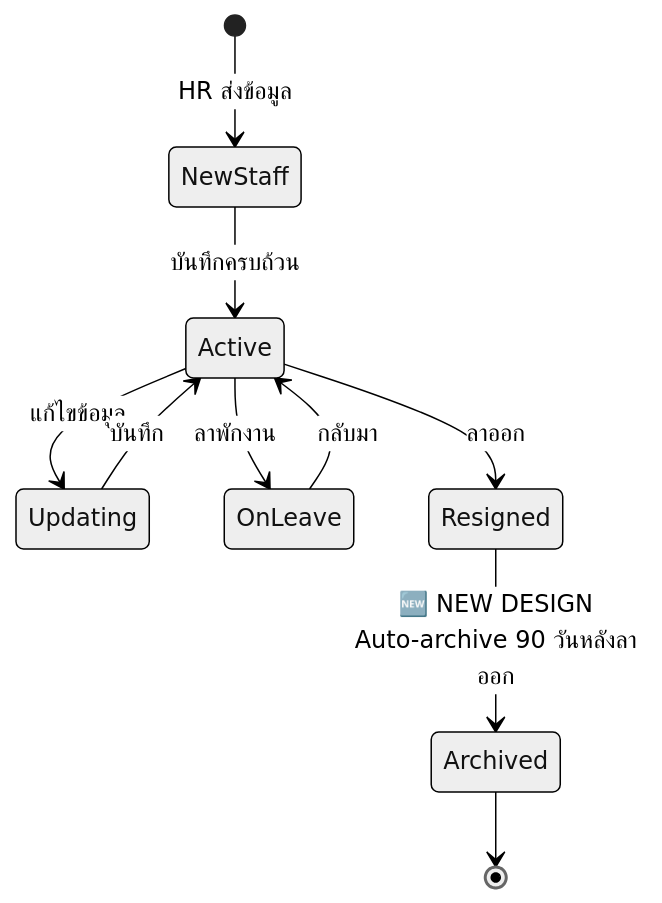
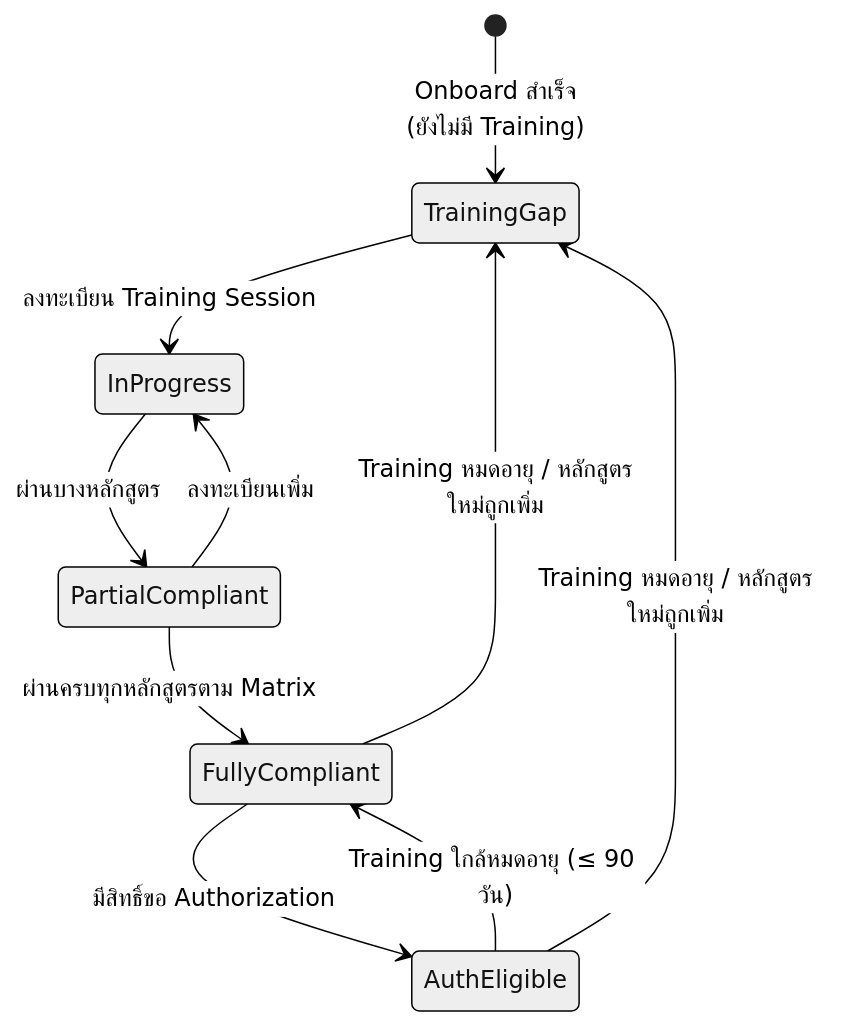
Before and after one commit to triple-tgg/sams: the ninth of 26 diagrams in docs/QA-SRS-BRD/02-Business-Process/SAMS-QA-SRS-02-Business-Process.md, drawn with Mermaid (neutral theme). The commit also changed other lines of this file, not shown here.

First line of the commit message:
docs(qa): fix 5.1 Staff Management Flow to QA Training context

````diff
--- a/docs/QA-SRS-BRD/02-Business-Process/SAMS-QA-SRS-02-Business-Process.md
+++ b/docs/QA-SRS-BRD/02-Business-Process/SAMS-QA-SRS-02-Business-Process.md
@@ -206,12 +226,12 @@
 ```mermaid
 stateDiagram-v2
-    [*] --> NewStaff: HR ส่งข้อมูล
-    NewStaff --> Active: บันทึกครบถ้วน
-    Active --> Updating: แก้ไขข้อมูล
-    Updating --> Active: บันทึก
-    Active --> OnLeave: ลาพักงาน
-    OnLeave --> Active: กลับมา
-    Active --> Resigned: ลาออก
-    Resigned --> Archived: 🆕 NEW DESIGN<br/>Auto-archive 90 วันหลังลาออก
-    Archived --> [*]
+    [*] --> TrainingGap: Onboard สำเร็จ<br/>(ยังไม่มี Training)
+    TrainingGap --> InProgress: ลงทะเบียน Training Session
+    InProgress --> PartialCompliant: ผ่านบางหลักสูตร
+    PartialCompliant --> InProgress: ลงทะเบียนเพิ่ม
+    PartialCompliant --> FullyCompliant: ผ่านครบทุกหลักสูตรตาม Matrix
+    FullyCompliant --> AuthEligible: มีสิทธิ์ขอ Authorization
+    AuthEligible --> FullyCompliant: Training ใกล้หมดอายุ (≤ 90 วัน)
+    FullyCompliant --> TrainingGap: Training หมดอายุ / หลักสูตรใหม่ถูกเพิ่ม
+    AuthEligible --> TrainingGap: Training หมดอายุ / หลักสูตรใหม่ถูกเพิ่ม
 ```
````
